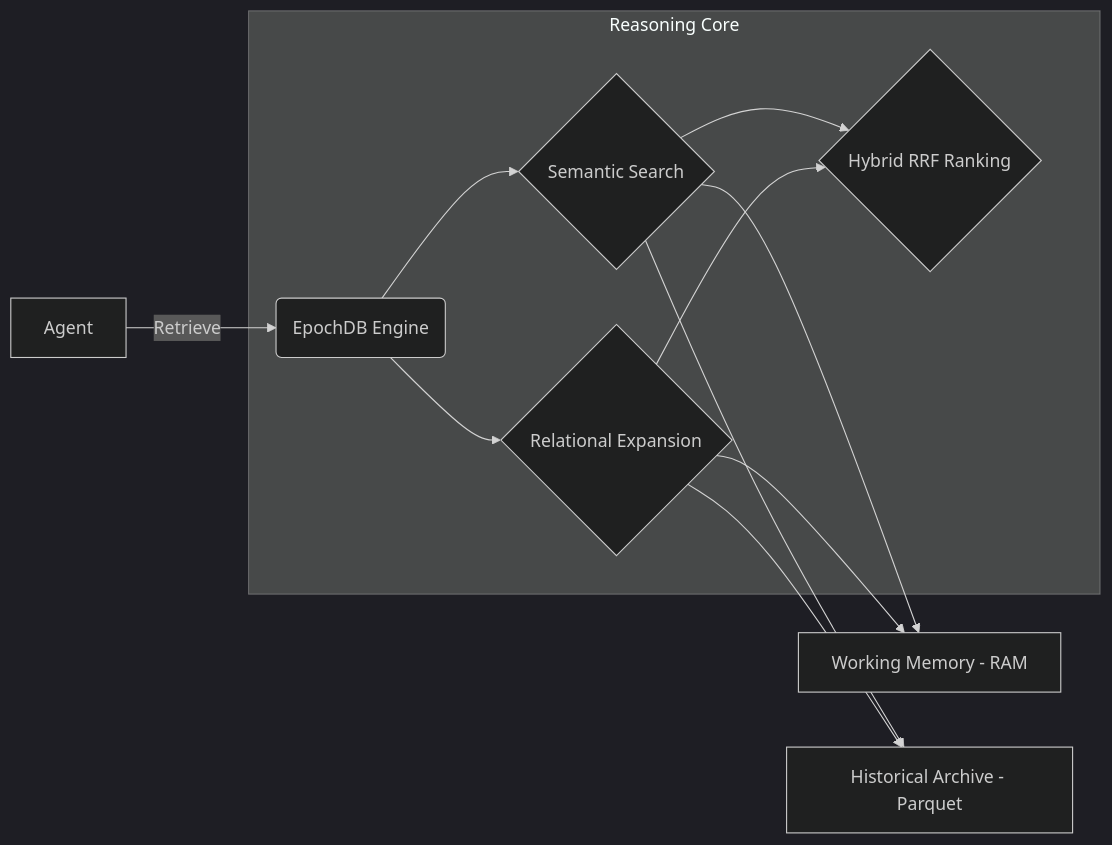
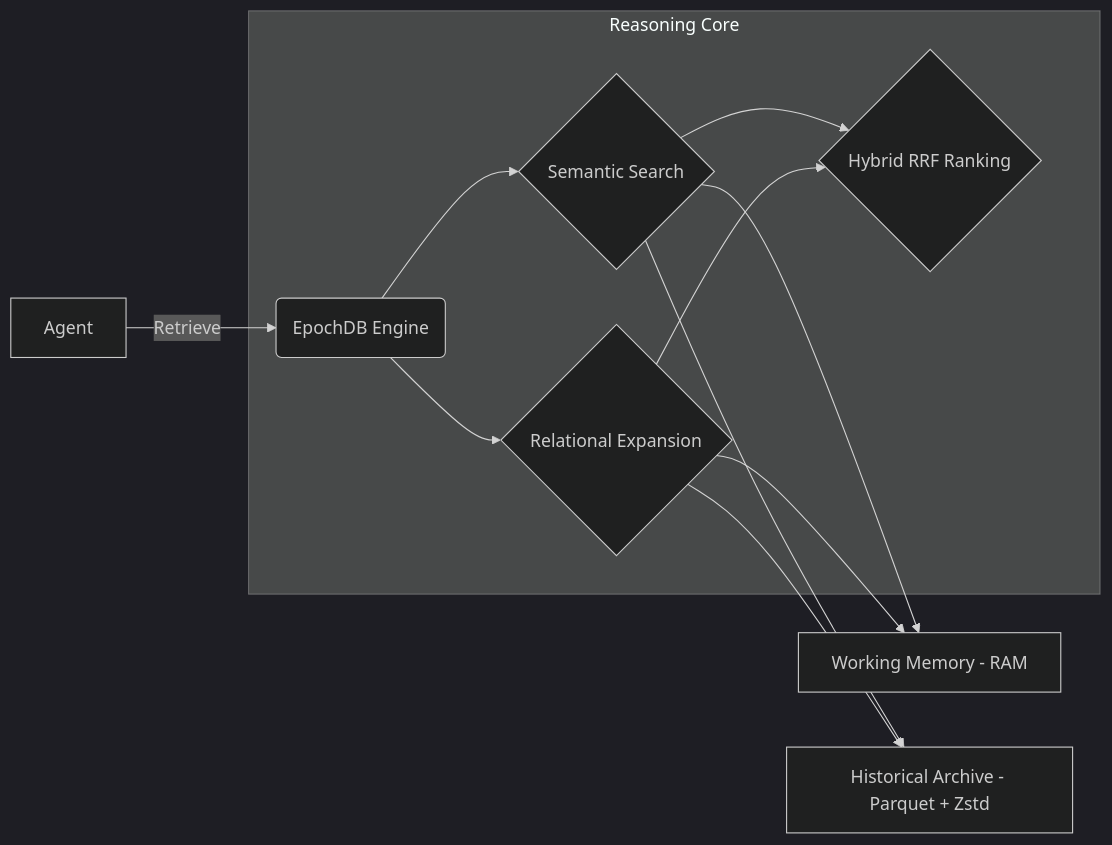
One commit to jersobh/epochdb changed the diagram in README.md. Above: the diagram before and after it, drawn with Mermaid (dark theme). The commit also changed other lines of this file and 2 other files, not shown here.

Commit message:
docs: update benchmarks and architecture details for v0.2.1

````diff
--- a/README.md
+++ b/README.md
@@ -19,11 +20,11 @@
 ```mermaid
 graph LR
     A[Agent] -->|Retrieve| B(EpochDB Engine)
     subgraph "Reasoning Core"
         B --> C{Semantic Search}
         B --> D{Relational Expansion}
         C & D --> R{Hybrid RRF Ranking}
     end
     C & D --> E[Working Memory - RAM]
-    C & D --> F[Historical Archive - Parquet]
+    C & D --> F[Historical Archive - Parquet + Zstd]
 ```
````
